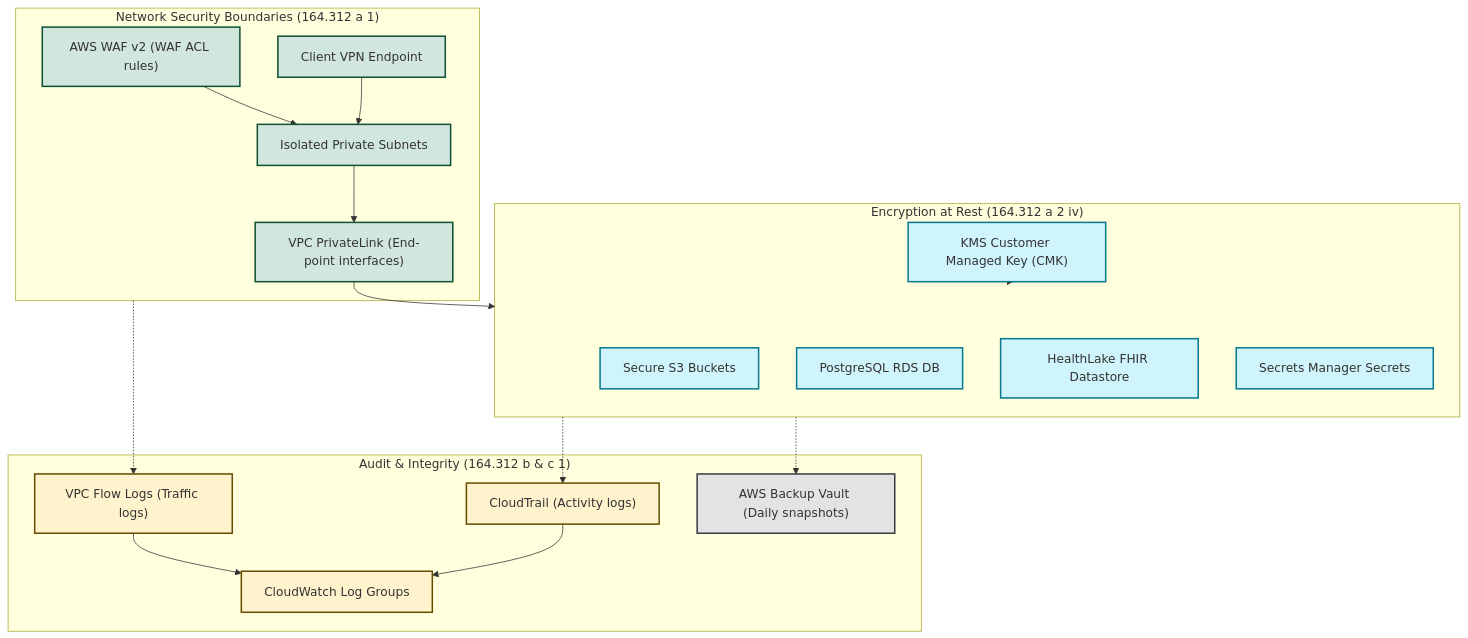
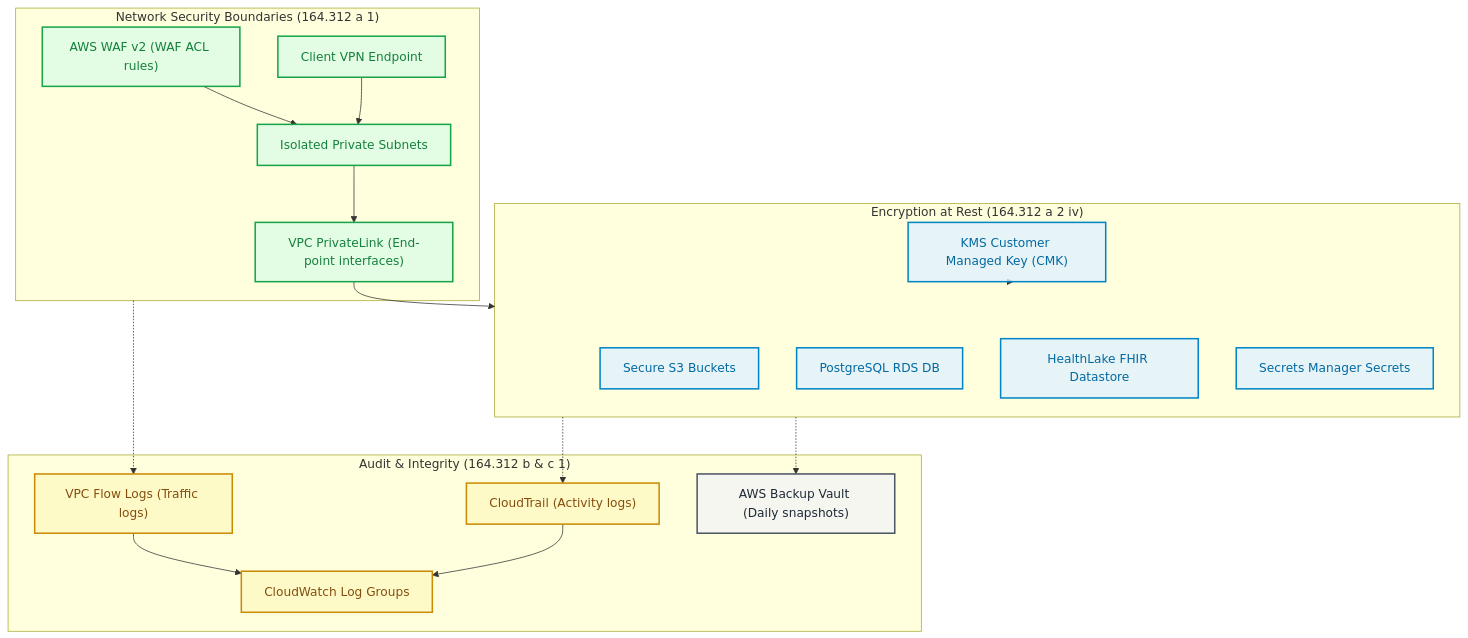
The diagram in docs/compliance-mapping.md (drjseifu3003/hipaa-stack), drawn with Mermaid before and after one commit. The commit also changed 1 other file, not shown here.

Commit message:
Style: Adjust Mermaid diagram classes in README and compliance mapping for readability and high color contrast

````diff
--- a/docs/compliance-mapping.md
+++ b/docs/compliance-mapping.md
@@ -11,41 +11,41 @@
 ```mermaid
 graph TD
-    classDef safe fill:#e2e3e5,stroke:#383d41,stroke-width:2px;
-    classDef enc fill:#cff4fc,stroke:#087990,stroke-width:2px;
-    classDef audit fill:#fff3cd,stroke:#664d03,stroke-width:2px;
-    classDef net fill:#d1e7dd,stroke:#0f5132,stroke-width:2px;
+    classDef safe fill:#f3f4f6cc,stroke:#4b5563,stroke-width:2px,color:#1f2937;
+    classDef enc fill:#e0f2fecc,stroke:#0284c7,stroke-width:2px,color:#0369a1;
+    classDef audit fill:#fef9c3cc,stroke:#ca8a04,stroke-width:2px,color:#854d0e;
+    classDef net fill:#dcfce7cc,stroke:#16a34a,stroke-width:2px,color:#15803d;
 
     subgraph VPC ["Network Security Boundaries (164.312 a 1)"]
         WAF["AWS WAF v2 (WAF ACL rules)"]:::net
         VPN["Client VPN Endpoint"]:::net
         PrivateSubnet["Isolated Private Subnets"]:::net
         PrivateLink["VPC PrivateLink (End-point interfaces)"]:::net
     end
     
     subgraph Storage ["Encryption at Rest (164.312 a 2 iv)"]
         S3["Secure S3 Buckets"]:::enc
         RDS["PostgreSQL RDS DB"]:::enc
         HealthLake["HealthLake FHIR Datastore"]:::enc
         Secrets["Secrets Manager Secrets"]:::enc
         KMS["KMS Customer Managed Key (CMK)"]:::enc
     end
 
     subgraph Auditing ["Audit & Integrity (164.312 b & c 1)"]
         CloudTrail["CloudTrail (Activity logs)"]:::audit
         FlowLogs["VPC Flow Logs (Traffic logs)"]:::audit
         CloudWatch["CloudWatch Log Groups"]:::audit
         Backup["AWS Backup Vault (Daily snapshots)"]:::safe
     end
 
     WAF --> PrivateSubnet
     VPN --> PrivateSubnet
     PrivateSubnet --> PrivateLink
     PrivateLink --> Storage
     KMS -.-> Storage
     
     Storage -.-> Backup
     VPC -.-> FlowLogs
     Storage -.-> CloudTrail
     FlowLogs --> CloudWatch
     CloudTrail --> CloudWatch
 ```
````
